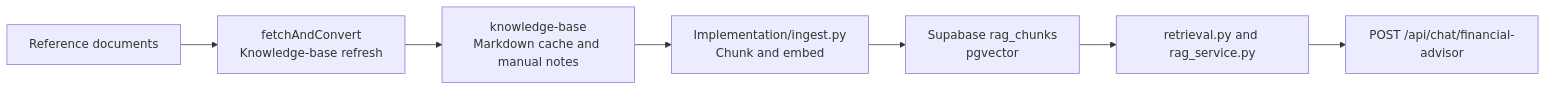
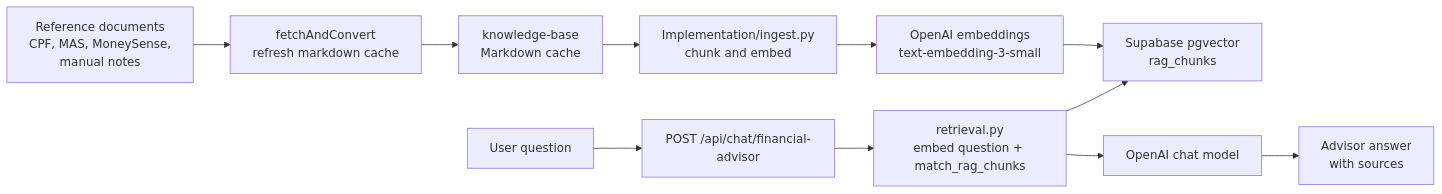
Before and after one commit to YongHui-X/fireBuddy: the third of 6 diagrams in README.md, drawn with Mermaid. The commit also changed other lines of this file and 50 other files, not shown here.

````diff
--- a/README.md
+++ b/README.md
@@ -65,9 +63,14 @@
 ```mermaid
-graph LR
-  A["Reference documents"] --> B["fetchAndConvert<br/>Knowledge-base refresh"]
-  B --> C["knowledge-base<br/>Markdown cache and manual notes"]
-  C --> D["Implementation/ingest.py<br/>Chunk and embed"]
-  D --> E["Supabase rag_chunks<br/>pgvector"]
-  E --> F["retrieval.py and rag_service.py"]
-  F --> G["POST /api/chat/financial-advisor"]
+flowchart LR
+  docs["Reference documents<br/>CPF, MAS, MoneySense,<br/>manual notes"] --> refresh["fetchAndConvert<br/>refresh markdown cache"]
+  refresh --> kb["knowledge-base<br/>Markdown cache"]
+  kb --> ingest["Implementation/ingest.py<br/>chunk and embed"]
+  ingest --> openaiEmbed["OpenAI embeddings<br/>text-embedding-3-small"]
+  openaiEmbed --> ragDb["Supabase pgvector<br/>rag_chunks"]
+
+  userQuestion["User question"] --> advisor["POST /api/chat/financial-advisor"]
+  advisor --> retrieval["retrieval.py<br/>embed question + match_rag_chunks"]
+  retrieval --> ragDb
+  retrieval --> openaiChat["OpenAI chat model"]
+  openaiChat --> answer["Advisor answer<br/>with sources"]
 ```
````
